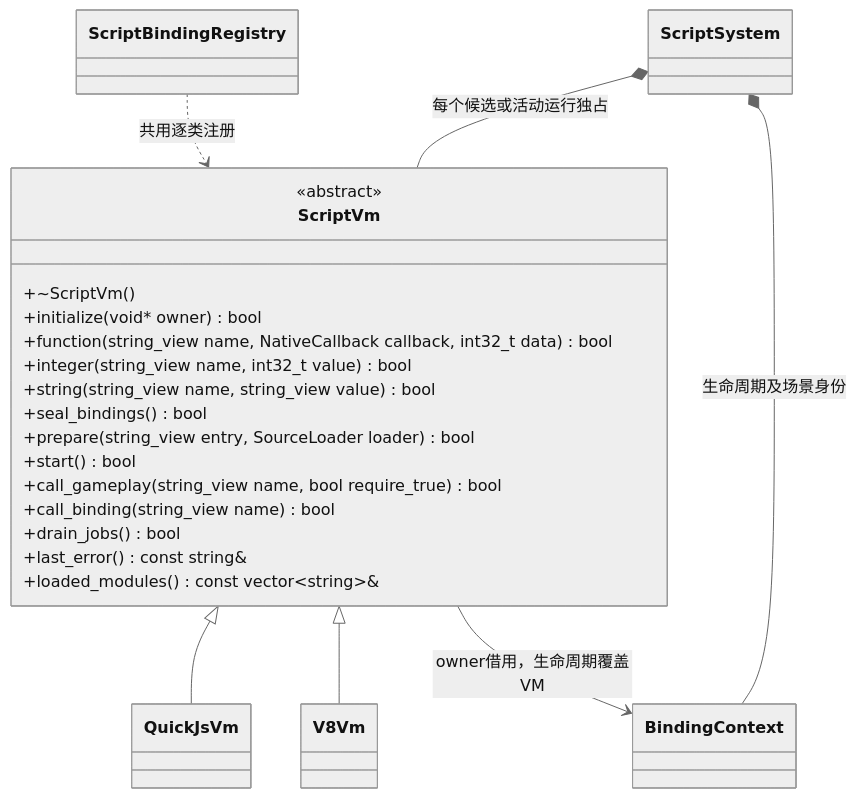
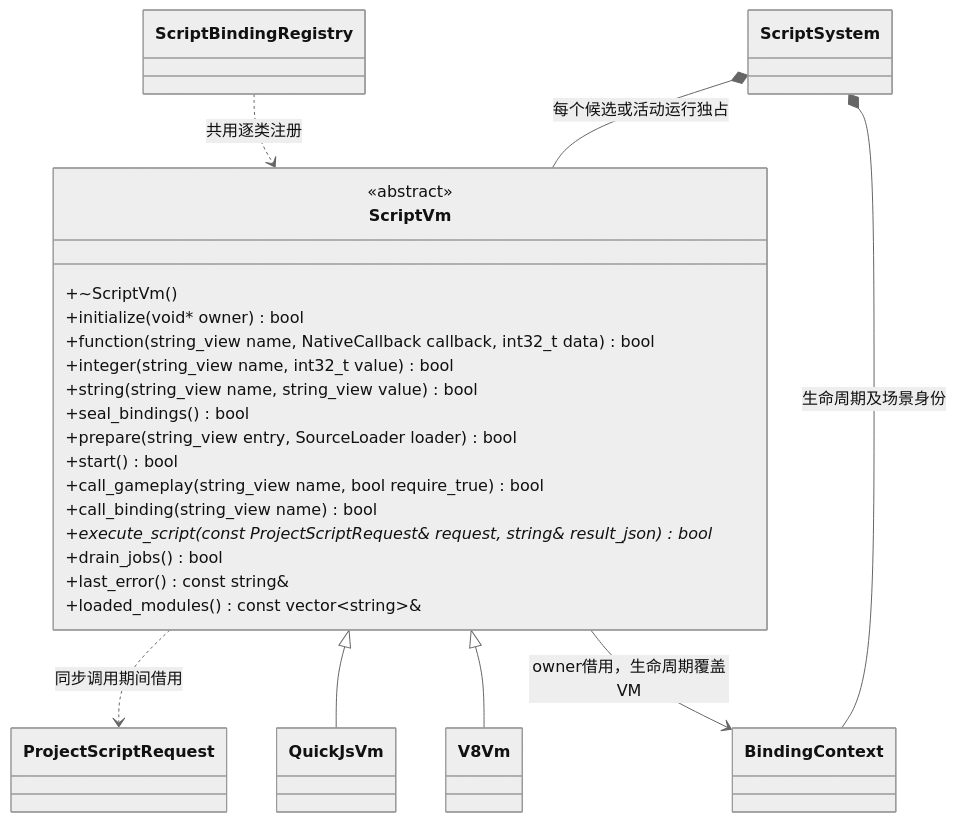
Before and after one commit to lcals/Engine: the first of 2 diagrams in docs/plugins/runtime/class-diagrams/script-vm.md, drawn with Mermaid (neutral theme). The commit also changed other lines of this file and 222 other files, not shown here.

Commit message:
Consolidate editor asset imports and align architecture documentation

````diff
--- a/docs/plugins/runtime/class-diagrams/script-vm.md
+++ b/docs/plugins/runtime/class-diagrams/script-vm.md
@@ -13,30 +13,33 @@
 ```mermaid
 classDiagram
+    class ProjectScriptRequest
+    ScriptVm ..> ProjectScriptRequest : 同步调用期间借用
     class ScriptSystem
     class ScriptBindingRegistry
     class BindingContext
     class ScriptVm {
         <<abstract>>
         +~ScriptVm()
         +initialize(void#42; owner) bool
         +function(string_view name, NativeCallback callback, int32_t data) bool
         +integer(string_view name, int32_t value) bool
         +string(string_view name, string_view value) bool
         +seal_bindings() bool
         +prepare(string_view entry, SourceLoader loader) bool
         +start() bool
         +call_gameplay(string_view name, bool require_true) bool
         +call_binding(string_view name) bool
+        +execute_script(const ProjectScriptRequest& request, string& result_json) bool*
         +drain_jobs() bool
         +last_error() const string&
         +loaded_modules() const vector~string~&
     }
     class QuickJsVm
     class V8Vm
     ScriptVm <|-- QuickJsVm
     ScriptVm <|-- V8Vm
     ScriptSystem *-- ScriptVm : 每个候选或活动运行独占
     ScriptSystem *-- BindingContext : 生命周期及场景身份
     ScriptBindingRegistry ..> ScriptVm : 共用逐类注册
     ScriptVm --> BindingContext : owner借用，生命周期覆盖VM
 ```
````
